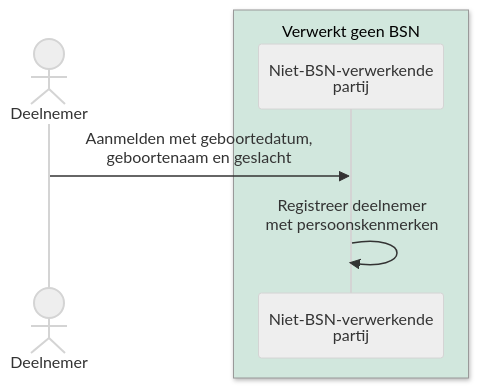
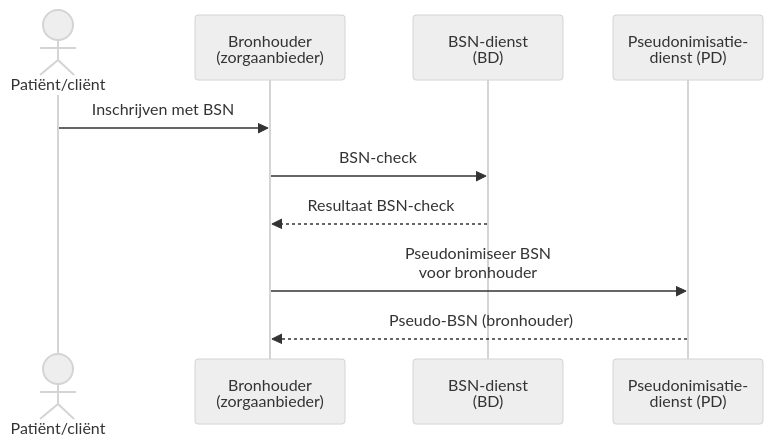
The fifth of 9 diagrams in input/pagecontent/identification-sg.md (minvws/generiekefuncties-docs), drawn with Mermaid (neutral theme) before and after one commit. The commit also changed other lines of this file and 1 other file, not shown here.

````diff
--- a/input/pagecontent/identification-sg.md
+++ b/input/pagecontent/identification-sg.md
@@ -300,10 +277,13 @@
 ```mermaid
 sequenceDiagram
-    actor deelnemer as Deelnemer
-    box rgb(209,231,221) Verwerkt geen BSN
-        participant partij as Niet-BSN-verwerkende<br/>partij
-    end
+    actor patient as Patiënt/cliënt
+    participant bron as Bronhouder<br/>(zorgaanbieder)
+    participant bd as BSN-dienst<br/>(BD)
+    participant pd as Pseudonimisatie-<br/>dienst (PD)
 
-    deelnemer->>partij: Aanmelden met geboortedatum,<br/>geboortenaam en geslacht
-    partij->>partij: Registreer deelnemer<br/>met persoonskenmerken
+    patient->>bron: Inschrijven met BSN
+    bron->>bd: BSN-check
+    bd-->>bron: Resultaat BSN-check
+    bron->>pd: Pseudonimiseer BSN<br/>voor bronhouder
+    pd-->>bron: Pseudo-BSN (bronhouder)
 ```
````
